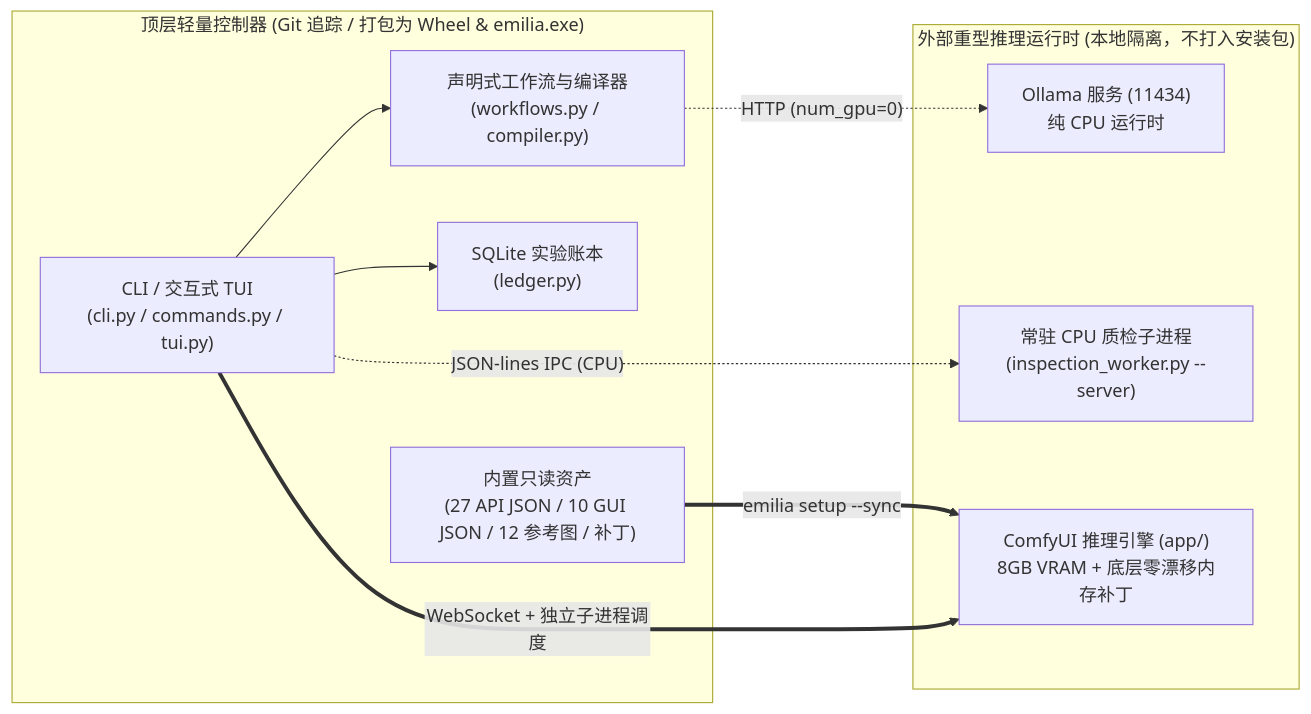
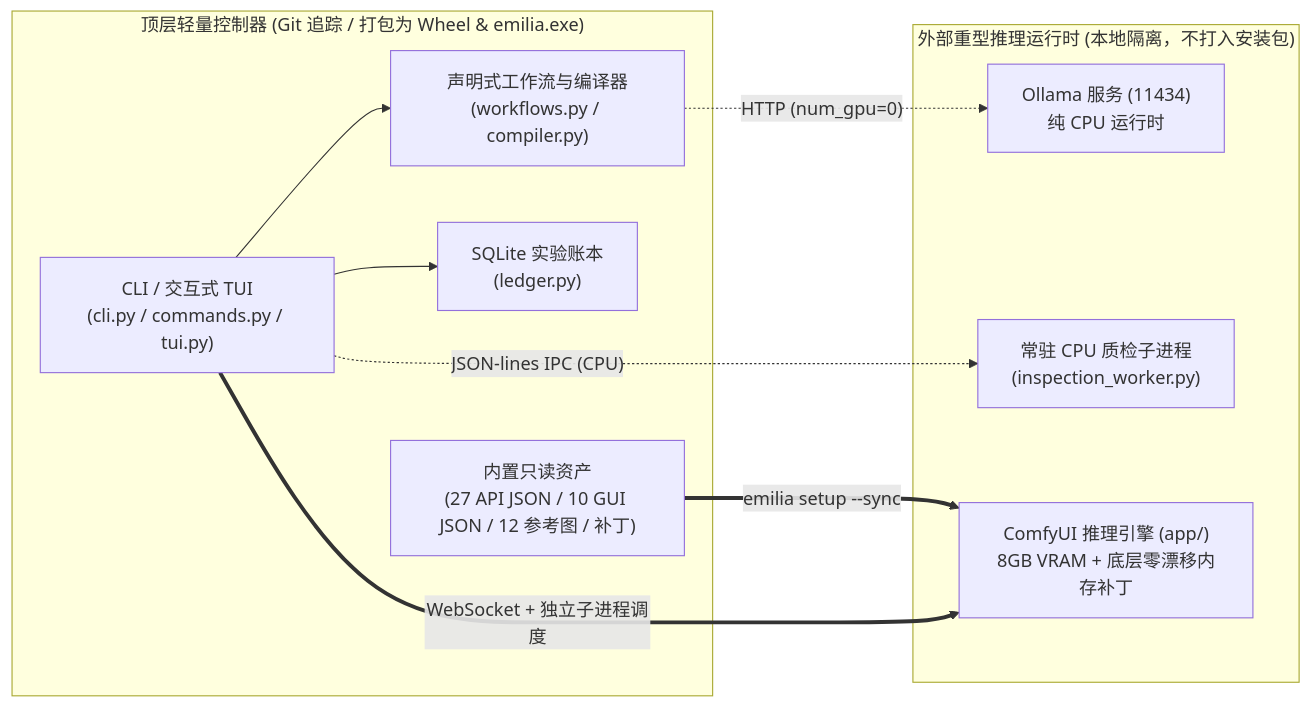
One commit to just1cez/emilia_studio changed the second of 2 diagrams in README.md. Above: the diagram before and after it, drawn with Mermaid. The commit also changed other lines of this file and 4 other files, not shown here.

````diff
--- a/README.md
+++ b/README.md
@@ -71,21 +71,21 @@
 ```mermaid
 flowchart LR
     subgraph Top["顶层轻量控制器 (Git 追踪 / 打包为 Wheel & emilia.exe)"]
         CLI["CLI / 交互式 TUI<br/>(cli.py / commands.py / tui.py)"]
         DSL["声明式工作流与编译器<br/>(workflows.py / compiler.py)"]
         LED["SQLite 实验账本<br/>(ledger.py)"]
         RES["内置只读资产<br/>(27 API JSON / 10 GUI JSON / 12 参考图 / 补丁)"]
     end
 
     subgraph Ext["外部重型推理运行时 (本地隔离，不打入安装包)"]
         OLL["Ollama 服务 (11434)<br/>纯 CPU 运行时"]
-        WKR["常驻 CPU 质检子进程<br/>(inspection_worker.py --server)"]
+        WKR["常驻 CPU 质检子进程<br/>(inspection_worker.py)"]
         APP["ComfyUI 推理引擎 (app/)<br/>8GB VRAM + 底层零漂移内存补丁"]
     end
 
     CLI --> DSL & LED
     DSL -. "HTTP (num_gpu=0)" .-> OLL
     CLI -. "JSON-lines IPC (CPU)" .-> WKR
     RES == "emilia setup --sync" ==> APP
     CLI == "WebSocket + 独立子进程调度" ==> APP
 ```
````
